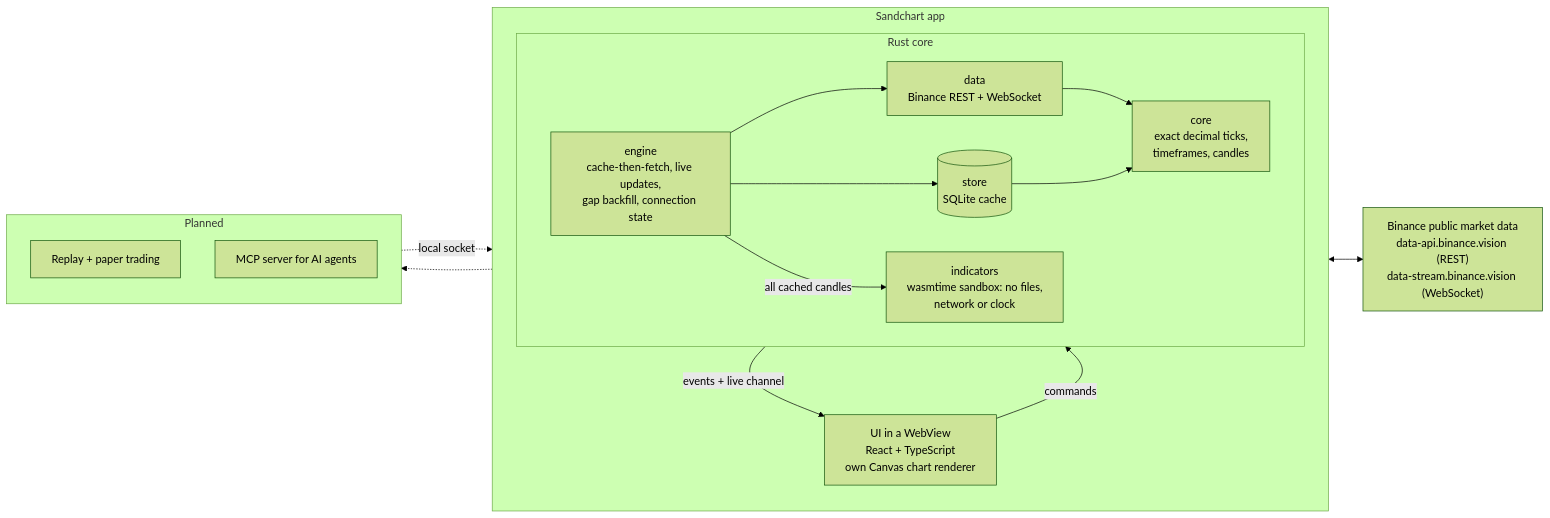
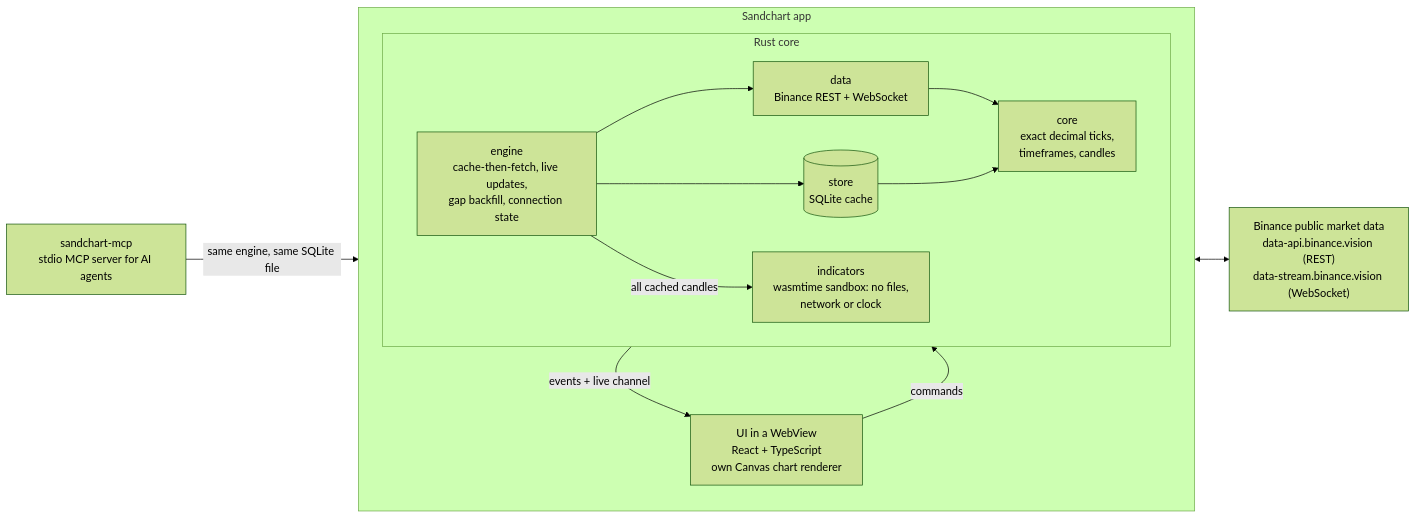
The first of 2 diagrams in README.md (kennnyz/sandchart), drawn with Mermaid (forest theme) before and after one commit. The commit also changed other lines of this file, not shown here.

Commit message:
Describe drawings, replay, alerts and the MCP server as built in the README

````diff
--- a/README.md
+++ b/README.md
@@ -41,32 +41,27 @@
 ```mermaid
 flowchart LR
     subgraph app["Sandchart app"]
         direction TB
         ui["UI in a WebView<br/>React + TypeScript<br/>own Canvas chart renderer"]
         subgraph core["Rust core"]
             direction LR
             engine["engine<br/>cache-then-fetch, live updates,<br/>gap backfill, connection state"]
             data["data<br/>Binance REST + WebSocket"]
             store[("store<br/>SQLite cache")]
             corecrate["core<br/>exact decimal ticks,<br/>timeframes, candles"]
             host["indicators<br/>wasmtime sandbox: no files,<br/>network or clock"]
         end
         ui -- "commands" --> engine
         engine -- "events + live channel" --> ui
         engine --> data
         engine --> store
         engine -- "all cached candles" --> host
         data --> corecrate
         store --> corecrate
     end
     binance["Binance public market data<br/>data-api.binance.vision (REST)<br/>data-stream.binance.vision (WebSocket)"]
     data <--> binance
 
-    subgraph planned["Planned"]
-        direction TB
-        replay["Replay + paper trading"]
-        mcp["MCP server for AI agents"]
-    end
-    engine -.-> replay
-    mcp -. "local socket" .-> engine
+    mcp["sandchart-mcp<br/>stdio MCP server for AI agents"]
+    mcp -- "same engine, same SQLite file" --> store
 ```
````
